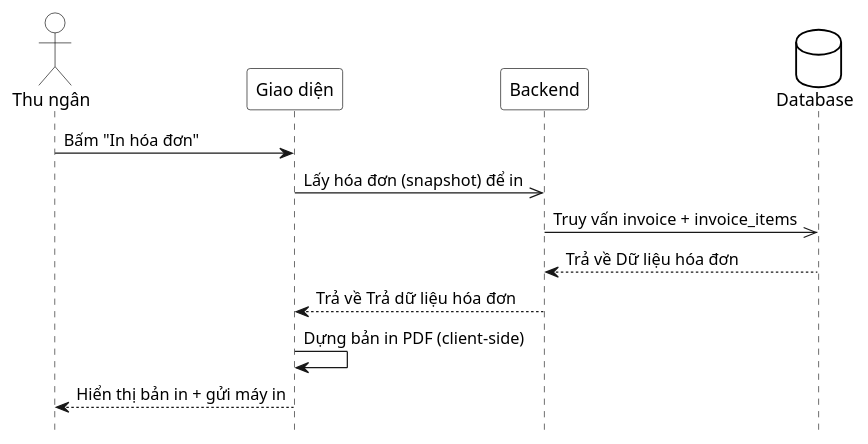
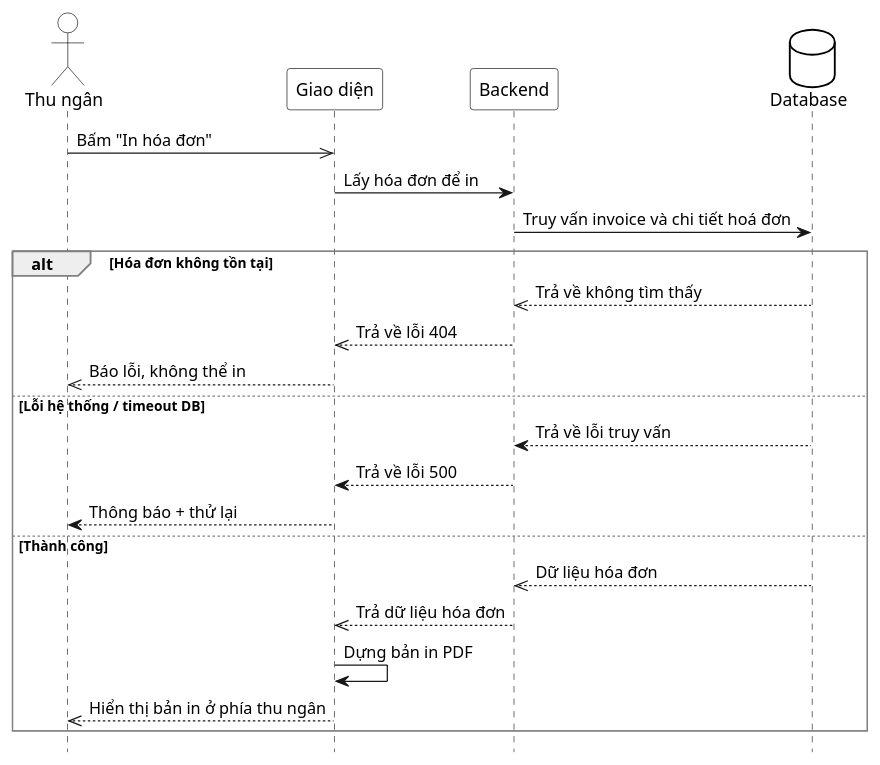
One commit to thanhhoa3514/restaurant-management changed the first of 2 diagrams in docs/use-cases/uc-thu-ngan-24-in-hoa-don.md. Above: the diagram before and after it, drawn with PlantUML. The commit also changed other lines of this file and 98 other files, not shown here.

````diff
--- a/docs/use-cases/uc-thu-ngan-24-in-hoa-don.md
+++ b/docs/use-cases/uc-thu-ngan-24-in-hoa-don.md
@@ -53,31 +53,43 @@
 ```plantuml
 @startuml
 hide footbox
 skinparam participant {
  BackgroundColor White
  BorderColor Black
 }
 skinparam actor {
  BackgroundColor White
  BorderColor Black
 }
 skinparam database {
  BackgroundColor White
  BorderColor Black
 }
 skinparam sequenceGroupBorderThickness 1
 skinparam sequenceGroupBorderColor Gray
 actor "Thu ngân" as A
 participant "Giao diện" as UI
 participant "Backend" as BE
 database "Database" as DB
 
-A -> UI : Bấm "In hóa đơn"
-UI ->> BE : Lấy hóa đơn (snapshot) để in
-BE ->> DB : Truy vấn invoice + invoice_items
-DB --> BE : Trả về Dữ liệu hóa đơn
-BE --> UI : Trả về Trả dữ liệu hóa đơn
-UI -> UI : Dựng bản in PDF (client-side)
-UI --> A : Hiển thị bản in + gửi máy in
+A ->> UI : Bấm "In hóa đơn"
+UI -> BE : Lấy hóa đơn để in
+BE -> DB : Truy vấn invoice và chi tiết hoá đơn
+
+alt Hóa đơn không tồn tại
+  DB -->> BE : Trả về không tìm thấy
+  BE -->> UI : Trả về lỗi 404
+  UI -->> A : Báo lỗi, không thể in
+else Lỗi hệ thống / timeout DB
+  DB --> BE : Trả về lỗi truy vấn
+  BE --> UI : Trả về lỗi 500
+  UI --> A : Thông báo + thử lại
+else Thành công
+  DB -->> BE : Dữ liệu hóa đơn
+  BE -->> UI : Trả dữ liệu hóa đơn
+  UI -> UI : Dựng bản in PDF
+  UI -->> A : Hiển thị bản in ở phía thu ngân
+
+end
 @enduml
 ```
````
